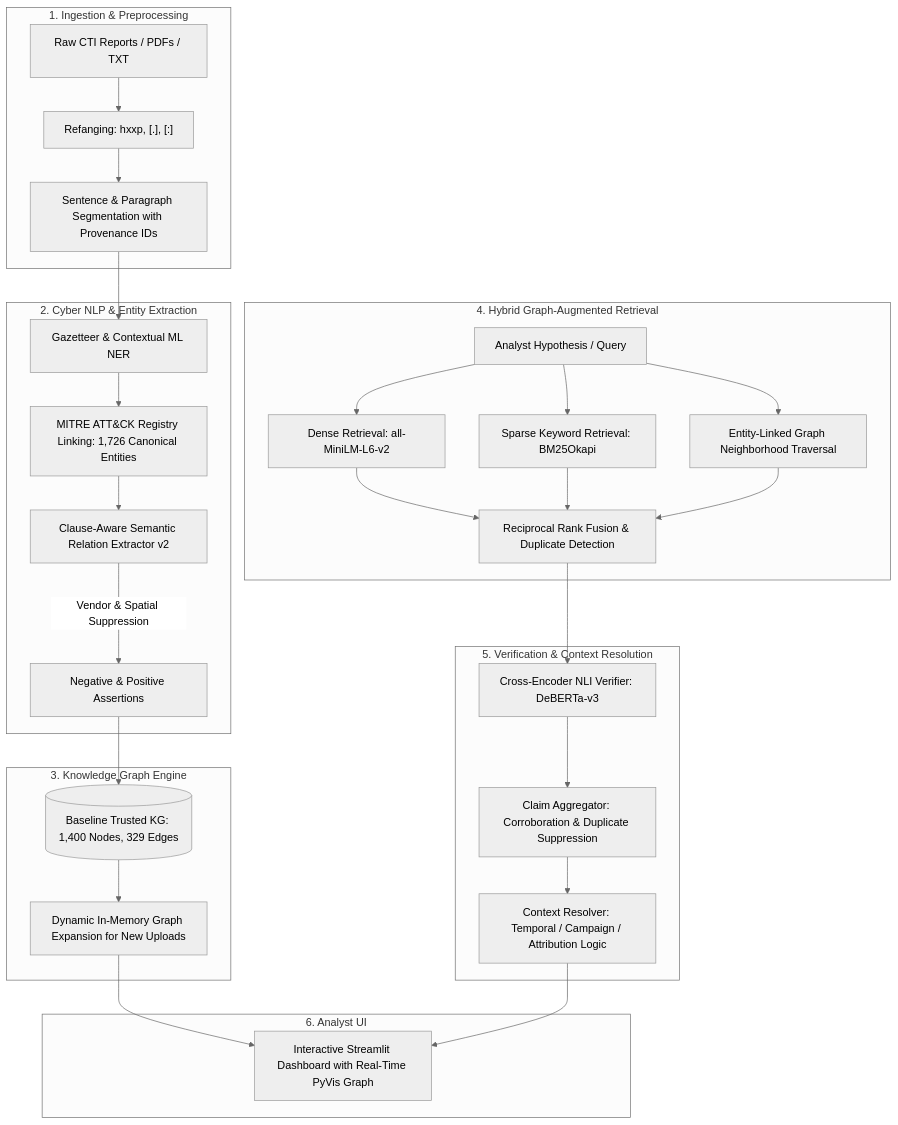
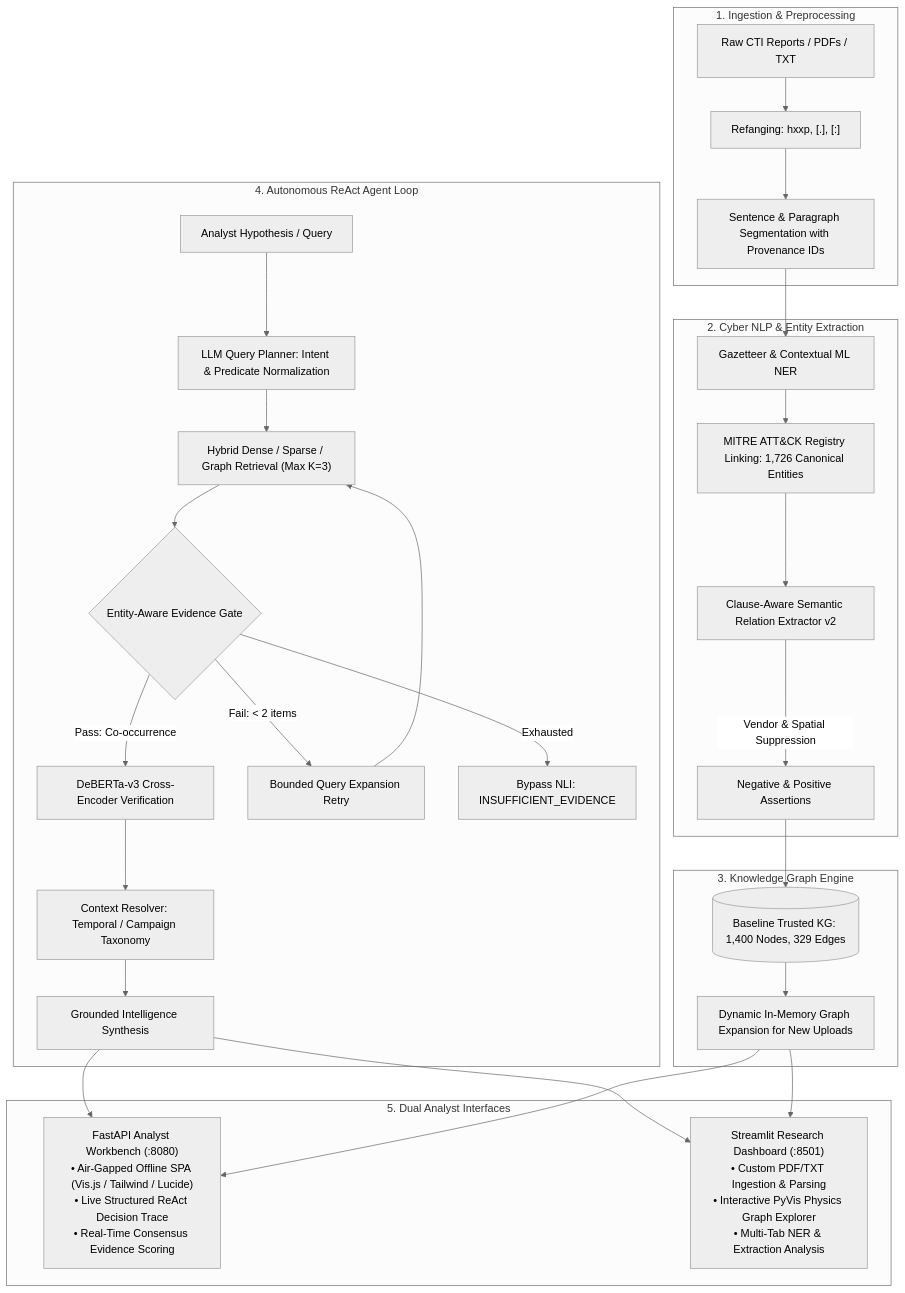
Before and after one commit to ashish-066/cyberrag: the diagram in README.md, drawn with Mermaid (neutral theme). The commit also changed other lines of this file and 77 other files, not shown here.

Commit message:
feat: harden analyst workbench, add MCP server, and update relation precision with human annotation results

````diff
--- a/README.md
+++ b/README.md
@@ -30,36 +31,36 @@
 ```mermaid
 flowchart TD
     subgraph Ingestion ["1. Ingestion & Preprocessing"]
         A["Raw CTI Reports / PDFs / TXT"] --> B["Refanging: hxxp, [.], [:]"]
         B --> C["Sentence & Paragraph Segmentation with Provenance IDs"]
     end
 
     subgraph NLP ["2. Cyber NLP & Entity Extraction"]
         C --> D["Gazetteer & Contextual ML NER"]
         D --> E["MITRE ATT&CK Registry Linking: 1,726 Canonical Entities"]
         E --> F["Clause-Aware Semantic Relation Extractor v2"]
         F -->|Vendor & Spatial Suppression| G["Negative & Positive Assertions"]
     end
 
     subgraph KG ["3. Knowledge Graph Engine"]
         G --> H[("Baseline Trusted KG: 1,400 Nodes, 329 Edges")]
         H --> I["Dynamic In-Memory Graph Expansion for New Uploads"]
     end
 
-    subgraph Retrieval ["4. Hybrid Graph-Augmented Retrieval"]
-        J["Analyst Hypothesis / Query"] --> K1["Dense Retrieval: all-MiniLM-L6-v2"]
-        J --> K2["Sparse Keyword Retrieval: BM25Okapi"]
-        J --> K3["Entity-Linked Graph Neighborhood Traversal"]
-        K1 & K2 & K3 --> L["Reciprocal Rank Fusion & Duplicate Detection"]
+    subgraph Agent ["4. Autonomous ReAct Agent Loop"]
+        J["Analyst Hypothesis / Query"] --> K["LLM Query Planner: Intent & Predicate Normalization"]
+        K --> L["Hybrid Dense / Sparse / Graph Retrieval (Max K=3)"]
+        L --> M{"Entity-Aware Evidence Gate"}
+        M -->|Pass: Co-occurrence| N["DeBERTa-v3 Cross-Encoder Verification"]
+        M -->|Fail: < 2 items| O["Bounded Query Expansion Retry"]
+        O --> L
+        M -->|Exhausted| P["Bypass NLI: INSUFFICIENT_EVIDENCE"]
+        N --> Q["Context Resolver: Temporal / Campaign Taxonomy"]
+        Q --> R["Grounded Intelligence Synthesis"]
     end
 
-    subgraph Verification ["5. Verification & Context Resolution"]
-        L --> M["Cross-Encoder NLI Verifier: DeBERTa-v3"]
-        M --> N["Claim Aggregator: Corroboration & Duplicate Suppression"]
-        N --> O["Context Resolver: Temporal / Campaign / Attribution Logic"]
-    end
-
-    subgraph Interface ["6. Analyst UI"]
-        I & O --> P["Interactive Streamlit Dashboard with Real-Time PyVis Graph"]
+    subgraph Interfaces ["5. Dual Analyst Interfaces"]
+        R & I --> S1["FastAPI Analyst Workbench (:8080)<br/>• Air-Gapped Offline SPA (Vis.js / Tailwind / Lucide)<br/>• Live Structured ReAct Decision Trace<br/>• Real-Time Consensus Evidence Scoring"]
+        R & I --> S2["Streamlit Research Dashboard (:8501)<br/>• Custom PDF/TXT Ingestion & Parsing<br/>• Interactive PyVis Physics Graph Explorer<br/>• Multi-Tab NER & Extraction Analysis"]
     end
 ```
````
